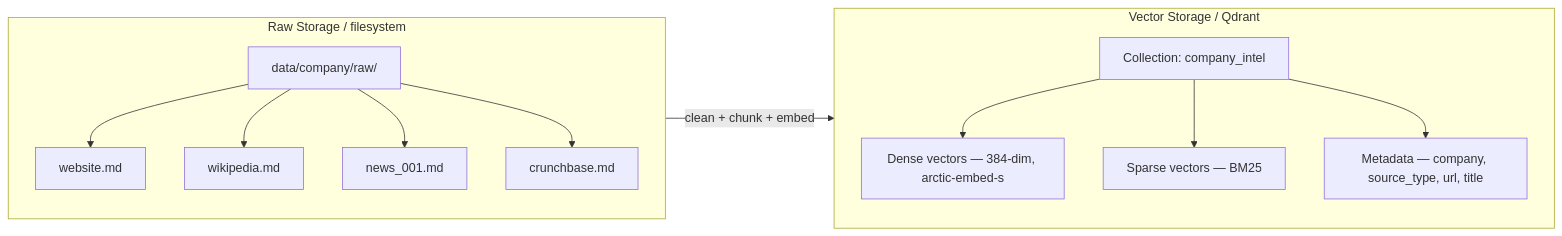
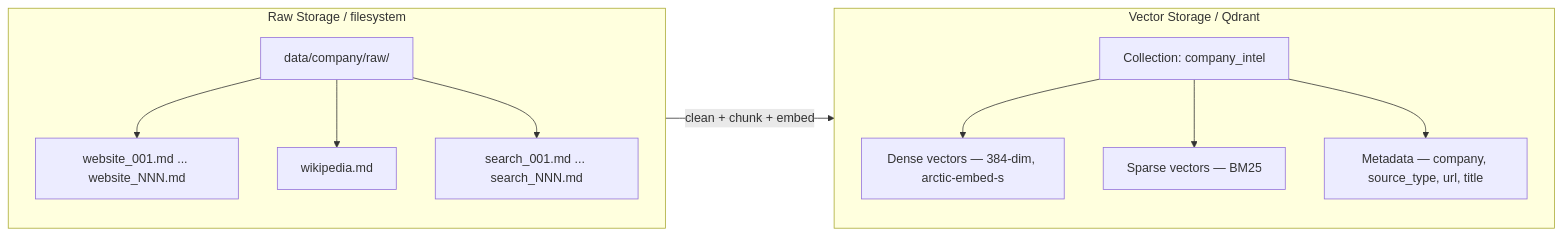
Before and after one commit to NikiforovAll/company_intel: the second of 2 diagrams in docs/data-strategy.md, drawn with Mermaid. The commit also changed other lines of this file and 5 other files, not shown here.

````diff
--- a/docs/data-strategy.md
+++ b/docs/data-strategy.md
@@ -81,19 +81,18 @@
 ```mermaid
 graph LR
     subgraph raw[Raw Storage / filesystem]
         dir[data/company/raw/]
-        dir --> w[website.md]
+        dir --> w["website_001.md ... website_NNN.md"]
         dir --> wiki[wikipedia.md]
-        dir --> n[news_001.md]
-        dir --> c[crunchbase.md]
+        dir --> s["search_001.md ... search_NNN.md"]
     end
 
     subgraph vector[Vector Storage / Qdrant]
         col[Collection: company_intel]
         col --> dense[Dense vectors — 384-dim, arctic-embed-s]
         col --> bm25[Sparse vectors — BM25]
         col --> meta[Metadata — company, source_type, url, title]
     end
 
     raw -->|clean + chunk + embed| vector
 ```
````
